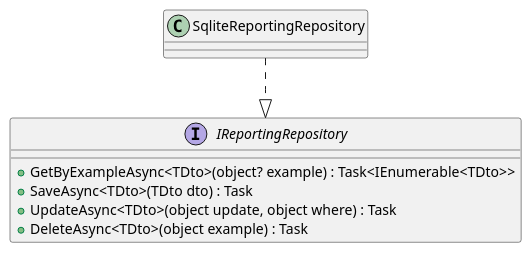
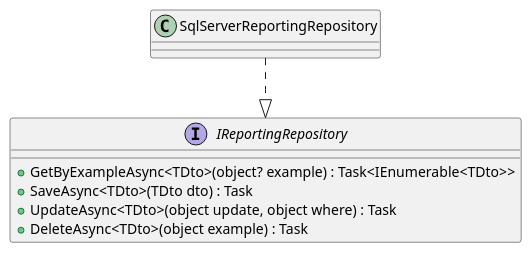
Before and after one commit to Mwwhited-BookLearning/fohjin-cqrs: the second of 2 diagrams in docs/08-reporting-read-models.md, drawn with PlantUML. The commit also changed other lines of this file and 8 other files, not shown here.

````diff
--- a/docs/08-reporting-read-models.md
+++ b/docs/08-reporting-read-models.md
@@ -89,12 +118,12 @@
 ```plantuml
 @startuml
 interface IReportingRepository {
   + GetByExampleAsync<TDto>(object? example) : Task<IEnumerable<TDto>>
   + SaveAsync<TDto>(TDto dto) : Task
   + UpdateAsync<TDto>(object update, object where) : Task
   + DeleteAsync<TDto>(object example) : Task
 }
-class SqliteReportingRepository
-SqliteReportingRepository ..|> IReportingRepository
+class SqlServerReportingRepository
+SqlServerReportingRepository ..|> IReportingRepository
 @enduml
 ```
````
